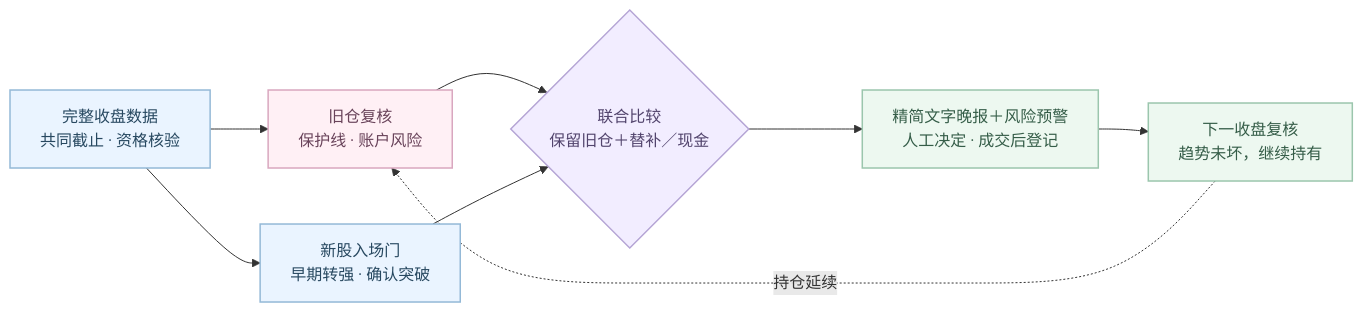
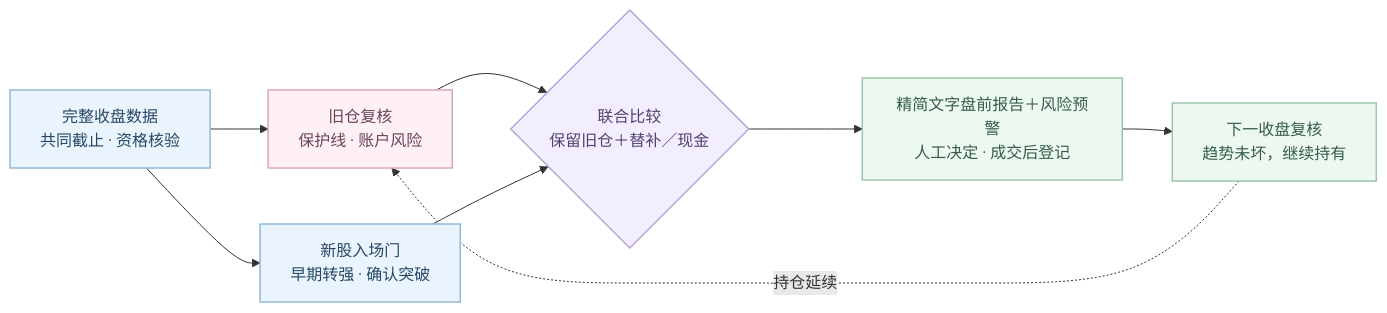
Before and after one commit to zerongwong/a-share-lab: the diagram in README.md, drawn with Mermaid. The commit also changed other lines of this file and 37 other files, not shown here.

````diff
--- a/README.md
+++ b/README.md
@@ -16,22 +16,22 @@
 ```mermaid
 flowchart LR
     D["完整收盘数据<br/>共同截止 · 资格核验"]
     H["旧仓复核<br/>保护线 · 账户风险"]
     N["新股入场门<br/>早期转强 · 确认突破"]
     J{"联合比较<br/>保留旧仓＋替补／现金"}
-    R["精简文字晚报＋风险预警<br/>人工决定 · 成交后登记"]
+    R["精简文字盘前报告＋风险预警<br/>人工决定 · 成交后登记"]
     V["下一收盘复核<br/>趋势未坏，继续持有"]
     D --> H & N
     H --> J
     N --> J
     J --> R --> V
     V -. 持仓延续 .-> H
     classDef sky fill:#eaf4ff,stroke:#94b9d7,color:#274860,stroke-width:1.5px;
     classDef rose fill:#fff0f5,stroke:#d9a7bf,color:#69435a,stroke-width:1.5px;
     classDef mint fill:#edf8f0,stroke:#9bc6ad,color:#355d48,stroke-width:1.5px;
     classDef lavender fill:#f2edff,stroke:#b5a5d5,color:#52446d,stroke-width:1.5px;
     class D,N sky;
     class H rose;
     class J lavender;
     class R,V mint;
 ```
````
